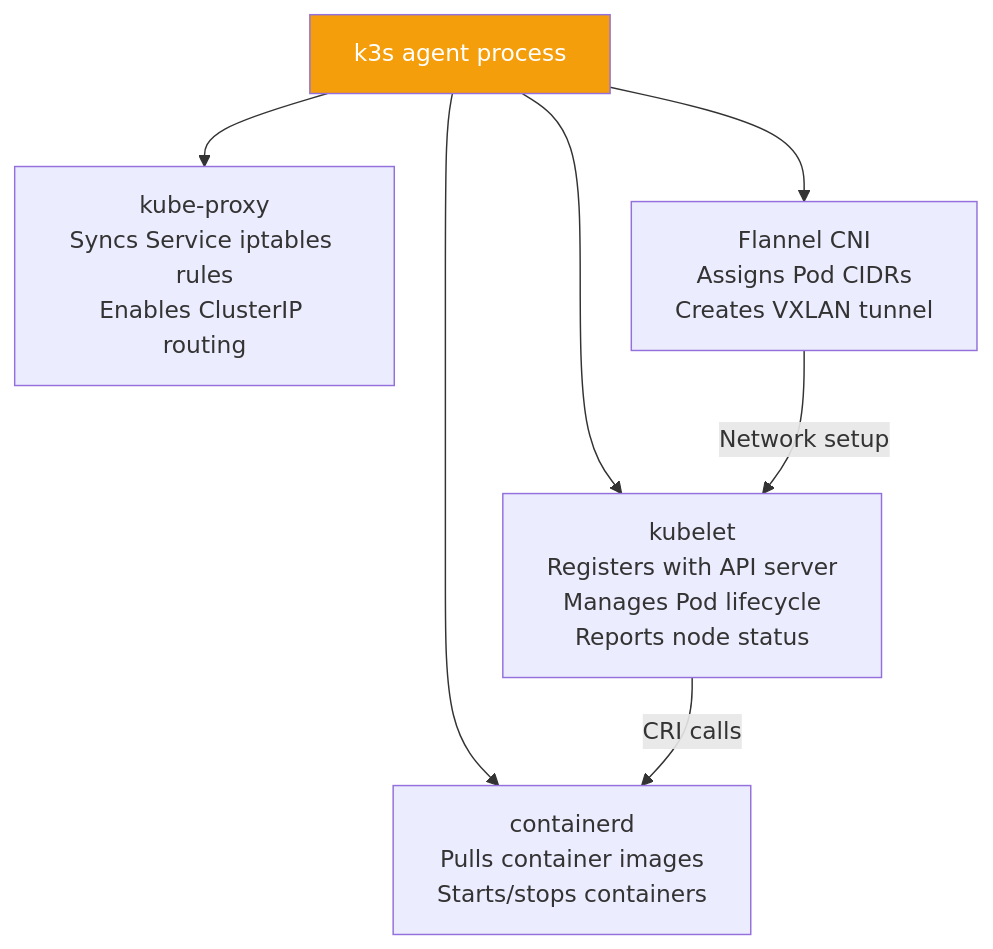
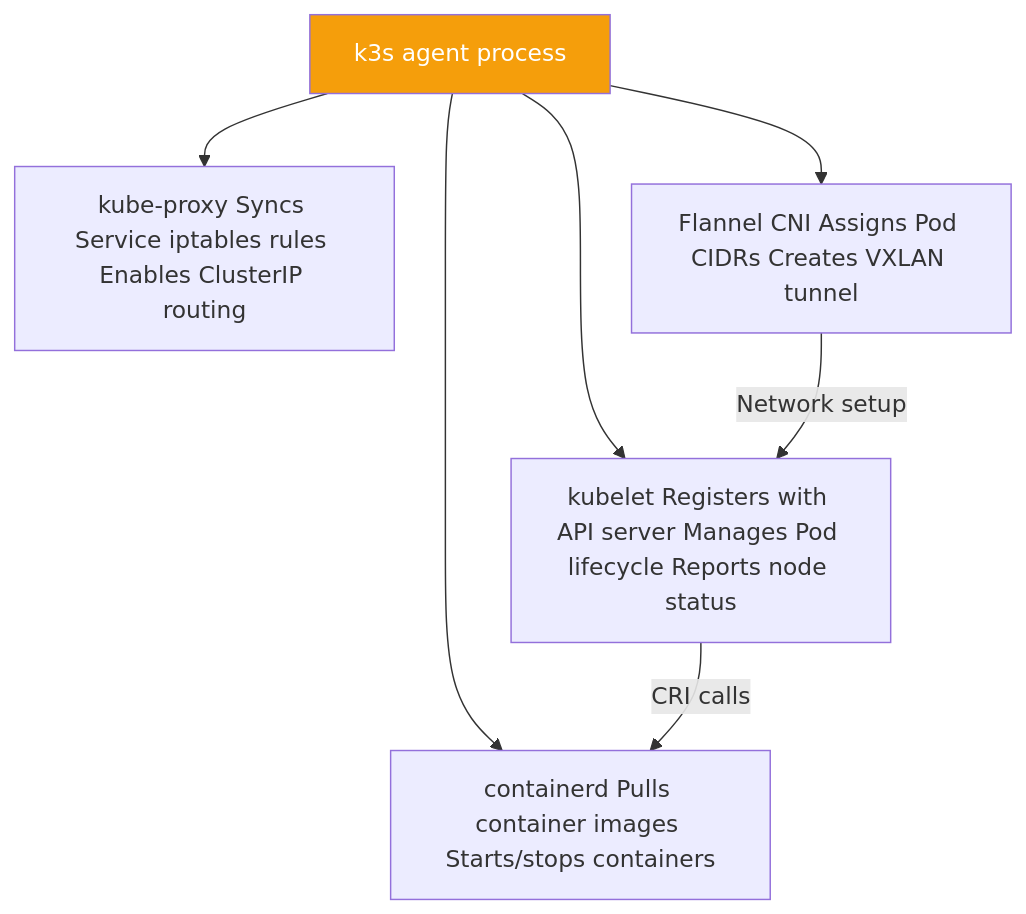
One commit to UncleJS/course_k3s changed the third of 8 diagrams in 01_introduction/03_architecture_overview.md. Above: the diagram before and after it, drawn with Mermaid. The commit also changed other lines of this file and 57 other files, not shown here.

````diff
--- a/01_introduction/03_architecture_overview.md
+++ b/01_introduction/03_architecture_overview.md
@@ -122,13 +123,13 @@
 ```mermaid
 flowchart TD
     K3SA["k3s agent process"]
-    K3SA --> KL["kubelet\nRegisters with API server\nManages Pod lifecycle\nReports node status"]
-    K3SA --> KP["kube-proxy\nSyncs Service iptables rules\nEnables ClusterIP routing"]
-    K3SA --> CD["containerd\nPulls container images\nStarts/stops containers"]
-    K3SA --> FL["Flannel CNI\nAssigns Pod CIDRs\nCreates VXLAN tunnel"]
+    K3SA --> KL["kubelet Registers with API server Manages Pod lifecycle Reports node status"]
+    K3SA --> KP["kube-proxy Syncs Service iptables rules Enables ClusterIP routing"]
+    K3SA --> CD["containerd Pulls container images Starts/stops containers"]
+    K3SA --> FL["Flannel CNI Assigns Pod CIDRs Creates VXLAN tunnel"]
 
     KL -->|"CRI calls"| CD
     FL -->|"Network setup"| KL
 
     style K3SA fill:#f59e0b,color:#fff
 ```
````
